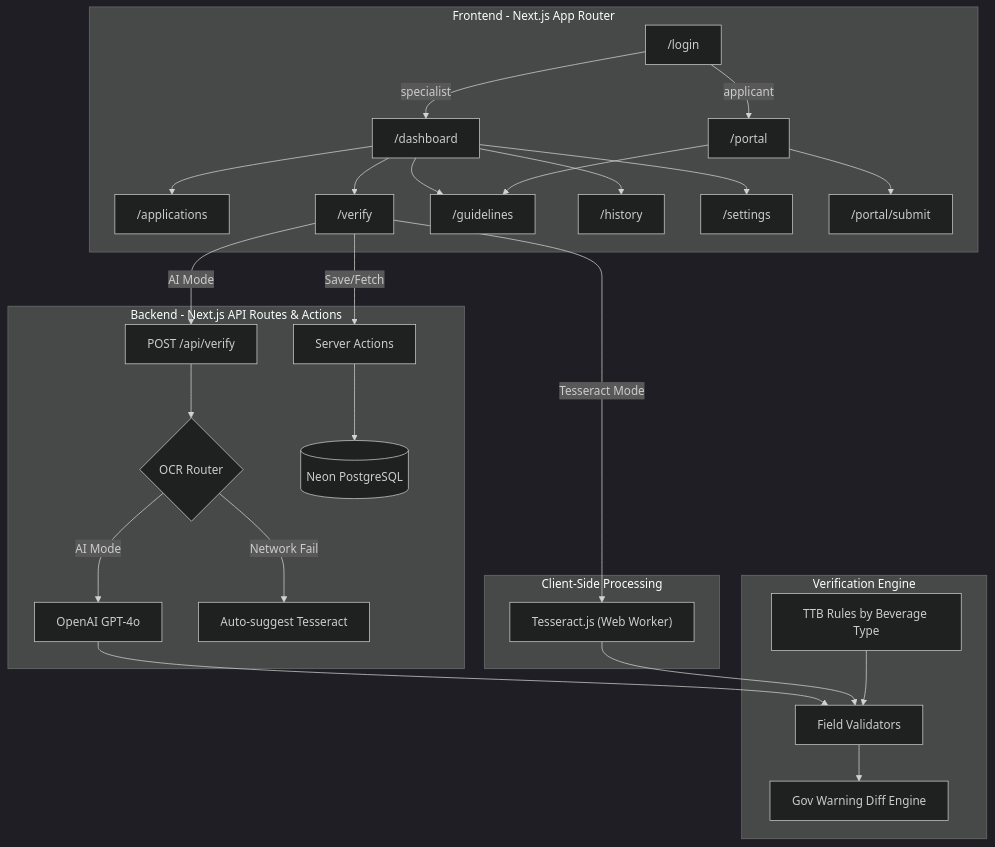
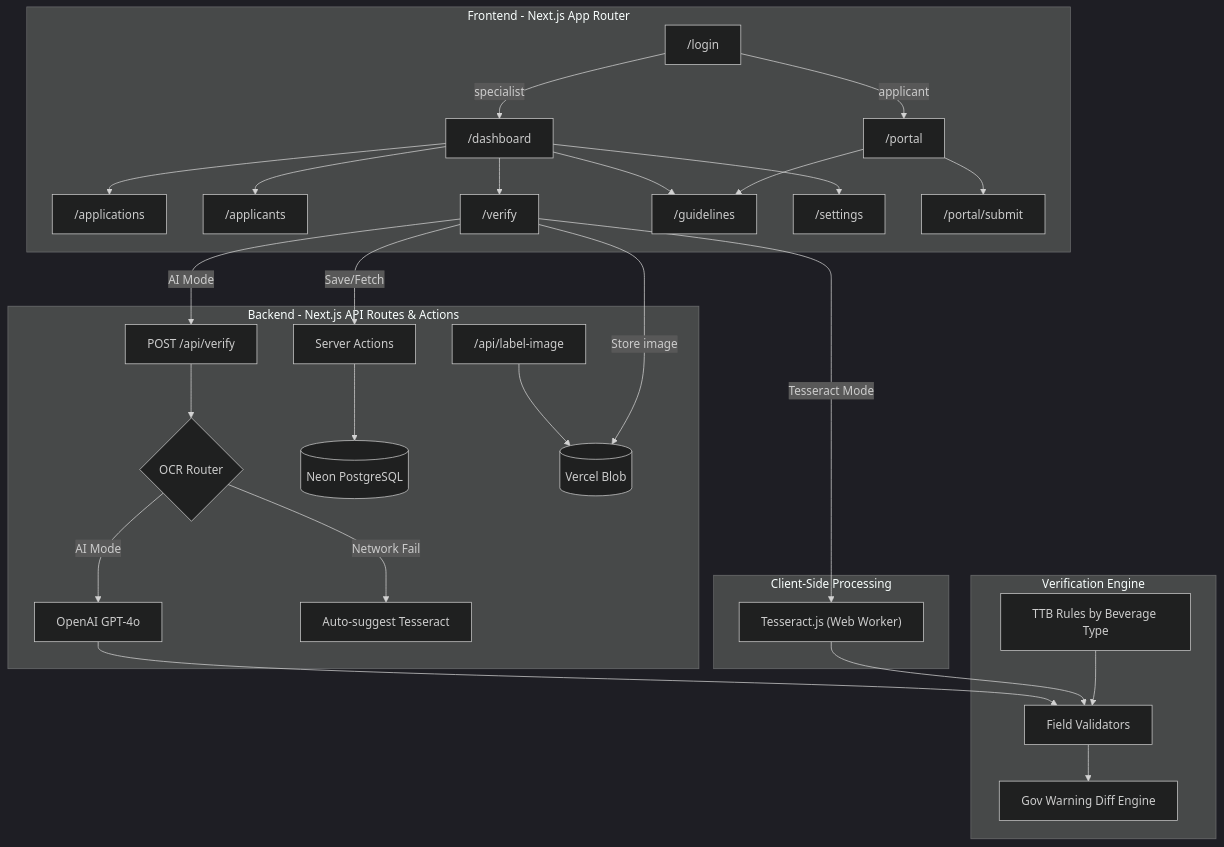
Before and after one commit to liemdo/ttb-label-verify: the diagram in docs/architecture.md, drawn with Mermaid (dark theme). The commit also changed other lines of this file and 49 other files, not shown here.

````diff
--- a/docs/architecture.md
+++ b/docs/architecture.md
@@ -7,39 +7,41 @@
 ```mermaid
 graph TB
     subgraph "Frontend - Next.js App Router"
         LOGIN["/login"] -->|specialist| DASH["/dashboard"]
         LOGIN -->|applicant| PORTAL["/portal"]
         DASH --> APPS["/applications"]
+        DASH --> APPLICANTS["/applicants"]
         DASH --> VERIFY["/verify"]
         DASH --> GUIDE["/guidelines"]
-        DASH --> HIST["/history"]
         DASH --> SETT["/settings"]
         PORTAL --> SUBMIT["/portal/submit"]
         PORTAL --> GUIDE
     end
 
     subgraph "Backend - Next.js API Routes & Actions"
         API["POST /api/verify"] --> ROUTER{"OCR Router"}
         ROUTER -->|AI Mode| OPENAI["OpenAI GPT-4o"]
         ROUTER -->|Network Fail| FALLBACK["Auto-suggest Tesseract"]
         ACTIONS["Server Actions"] --> DB[(Neon PostgreSQL)]
+        BLOBAPI["/api/label-image"] --> BLOB[(Vercel Blob)]
     end
 
     subgraph "Client-Side Processing"
         TESS["Tesseract.js (Web Worker)"]
     end
 
     subgraph "Verification Engine"
         VALID["Field Validators"]
         DIFF["Gov Warning Diff Engine"]
         TTB["TTB Rules by Beverage Type"]
     end
 
     VERIFY -->|AI Mode| API
     VERIFY -->|Tesseract Mode| TESS
     VERIFY -->|Save/Fetch| ACTIONS
+    VERIFY -->|Store image| BLOB
     OPENAI --> VALID
     TESS --> VALID
     VALID --> DIFF
     TTB --> VALID
 ```
````
